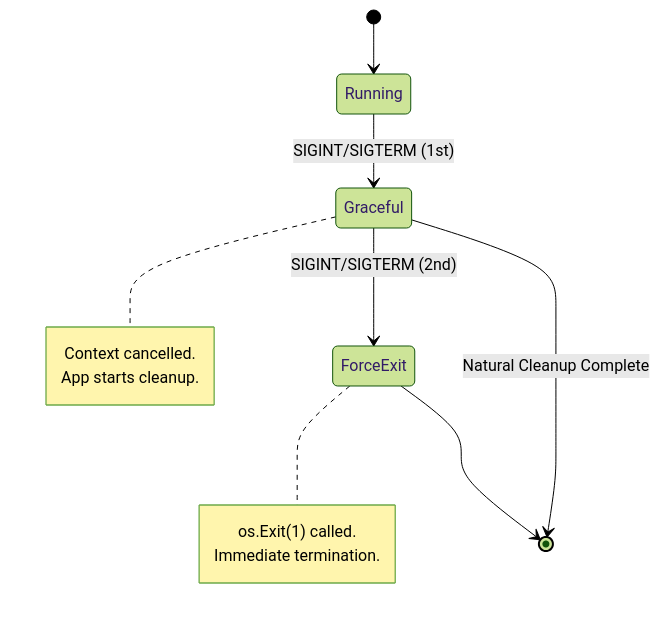
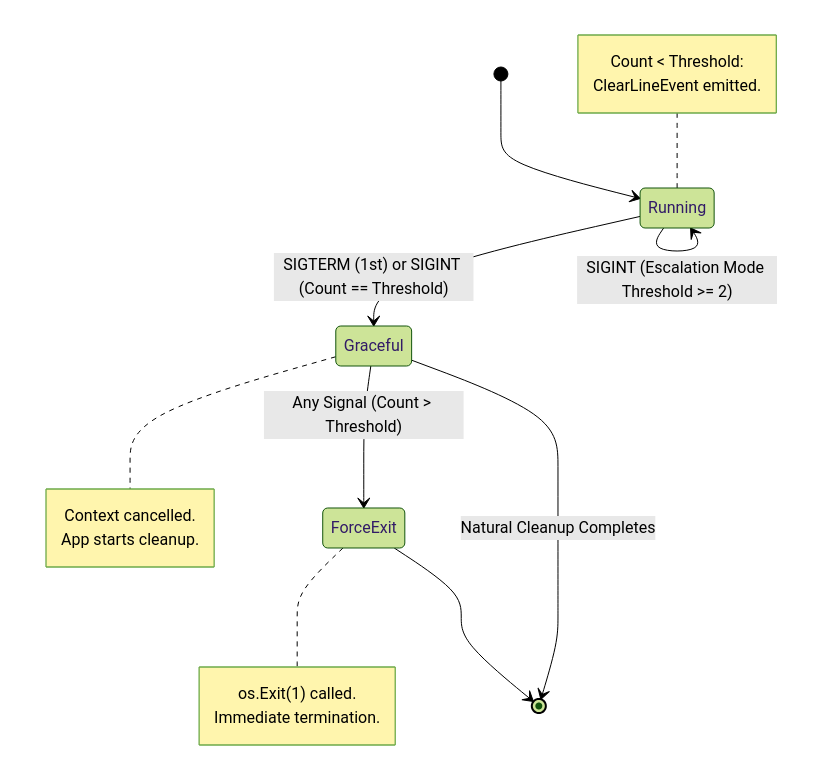
One commit to aretw0/lifecycle changed the first of 8 diagrams in docs/TECHNICAL.md. Above: the diagram before and after it, drawn with Mermaid (forest theme). The commit also changed other lines of this file and 3 other files, not shown here.

Commit message:
docs: update vision and technical architecture for v2 signal logic

````diff
--- a/docs/TECHNICAL.md
+++ b/docs/TECHNICAL.md
@@ -100,19 +100,25 @@
 ```mermaid
 stateDiagram-v2
     [*] --> Running
     
-    Running --> Graceful: SIGINT/SIGTERM (1st)
+    Running --> Graceful: SIGTERM (1st) or SIGINT (Count == Threshold)
     note right of Graceful
         Context cancelled.
         App starts cleanup.
     end note
 
-    Graceful --> ForceExit: SIGINT/SIGTERM (2nd)
+    Graceful --> ForceExit: Any Signal (Count > Threshold)
     note right of ForceExit
         os.Exit(1) called.
         Immediate termination.
     end note
 
+    Running --> Running: SIGINT (Escalation Mode Threshold >= 2)
+    note left of Running
+        Count < Threshold:
+        ClearLineEvent emitted.
+    end note
+
     ForceExit --> [*]
-    Graceful --> [*]: Natural Cleanup Complete
+    Graceful --> [*]: Natural Cleanup Completes
 ```
````
